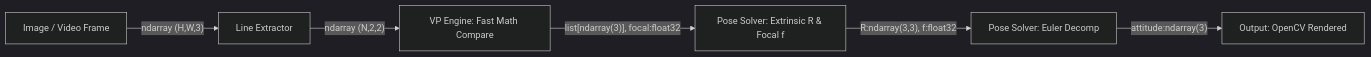
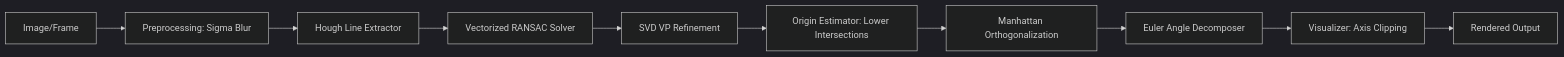
The second of 3 diagrams in README.md (hank921109/114-2-Phone_Camera_Attitude), drawn with Mermaid (dark theme) before and after one commit. The commit also changed other lines of this file and 17 other files, not shown here.

First line of the commit message:
室內圖 座標起點都正常 除了 outputs/result_rt0.jpg ，空拍ʼoffice 的 RANSEC 不準確，已實作 Vectorized RANSAC、SVD 精煉與自動原點估計。

````diff
--- a/README.md
+++ b/README.md
@@ -53,8 +58,12 @@
 ```mermaid
 graph LR
-    Input[Image / Video Frame] -->|"ndarray (H,W,3)"| LineExt[Line Extractor]
-    LineExt -->|"ndarray (N,2,2)"| VPEngine[VP Engine: Fast Math Compare]
-    VPEngine -->|"list[ndarray(3)], focal:float32"| PoseSolver1[Pose Solver: Extrinsic R & Focal f]
-    PoseSolver1 -->|"R:ndarray(3,3), f:float32"| PoseSolver2[Pose Solver: Euler Decomp]
-    PoseSolver2 -->|"attitude:ndarray(3)"| Output[Output: OpenCV Rendered]
+    Img[Image/Frame] --> Pre[Preprocessing: Sigma Blur]
+    Pre --> Line[Hough Line Extractor]
+    Line --> RANSAC[Vectorized RANSAC Solver]
+    RANSAC --> SVD[SVD VP Refinement]
+    SVD --> Origin[Origin Estimator: Lower Intersections]
+    Origin --> Ortho[Manhattan Orthogonalization]
+    Ortho --> Pose[Euler Angle Decomposer]
+    Pose --> Render[Visualizer: Axis Clipping]
+    Render --> Out[Rendered Output]
 ```
````
